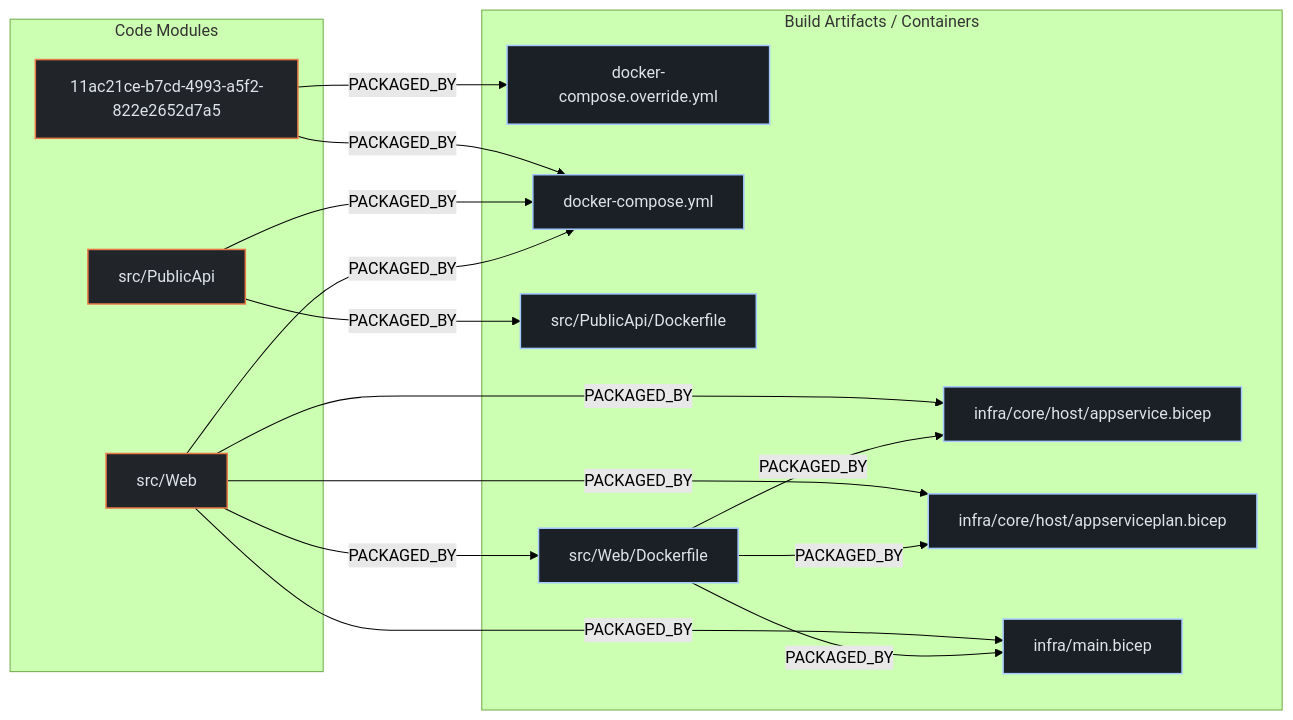
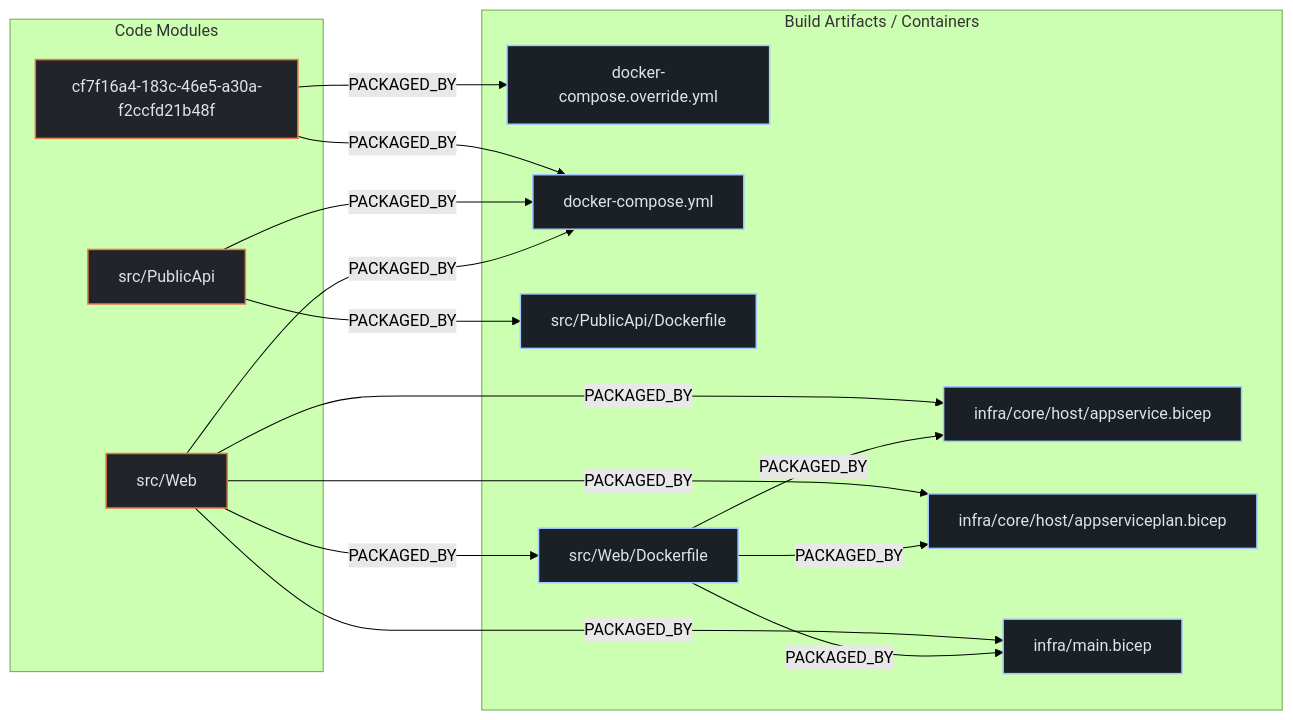
Before and after one commit to kumarshaz/atruss-code-atlas: the second of 3 diagrams in exports/latest/reports/dotnet-architecture-eShopOnWeb-report.md, drawn with Mermaid (forest theme). The commit also changed other lines of this file and 33 other files, not shown here.

````diff
--- a/exports/latest/reports/dotnet-architecture-eShopOnWeb-report.md
+++ b/exports/latest/reports/dotnet-architecture-eShopOnWeb-report.md
@@ -193,34 +193,34 @@
 ```mermaid
 flowchart LR
     %% title: Code-to-Cloud Deployment Traceability
     classDef atlasCategory fill:#212428,stroke:#E87A48,stroke-width:1.5px,color:#dfe3eb
     classDef atlasWorkflow fill:#1b2026,stroke:#a3c9ff,stroke-width:1.5px,color:#dfe3eb
     classDef atlasJob fill:#171c22,stroke:#8d9199,stroke-width:1px,color:#dfe3eb
     classDef atlasTarget fill:#005227,stroke:#8bd99b,stroke-width:1.5px,color:#a7f6b6
     subgraph code_modules["Code Modules"]
-        mod_11ac21ce_b7cd_4993_a5f2_822e2652d7a5["11ac21ce-b7cd-4993-a5f2-822e2652d7a5"]:::atlasCategory
+        mod_cf7f16a4_183c_46e5_a30a_f2ccfd21b48f["cf7f16a4-183c-46e5-a30a-f2ccfd21b48f"]:::atlasCategory
         mod_src_PublicApi["src/PublicApi"]:::atlasCategory
         mod_src_Web["src/Web"]:::atlasCategory
     end
     subgraph build_artifacts["Build Artifacts / Containers"]
         art_docker_compose_override_yml["docker-compose.override.yml"]:::atlasWorkflow
         art_docker_compose_yml["docker-compose.yml"]:::atlasWorkflow
         art_infra_core_host_appservice_bicep["infra/core/host/appservice.bicep"]:::atlasWorkflow
         art_infra_core_host_appserviceplan_bicep["infra/core/host/appserviceplan.bicep"]:::atlasWorkflow
         art_infra_main_bicep["infra/main.bicep"]:::atlasWorkflow
         art_src_PublicApi_Dockerfile["src/PublicApi/Dockerfile"]:::atlasWorkflow
         art_src_Web_Dockerfile["src/Web/Dockerfile"]:::atlasWorkflow
     end
-    mod_11ac21ce_b7cd_4993_a5f2_822e2652d7a5 -->|PACKAGED_BY| art_docker_compose_override_yml
-    mod_11ac21ce_b7cd_4993_a5f2_822e2652d7a5 -->|PACKAGED_BY| art_docker_compose_yml
+    mod_cf7f16a4_183c_46e5_a30a_f2ccfd21b48f -->|PACKAGED_BY| art_docker_compose_override_yml
+    mod_cf7f16a4_183c_46e5_a30a_f2ccfd21b48f -->|PACKAGED_BY| art_docker_compose_yml
     mod_src_PublicApi -->|PACKAGED_BY| art_docker_compose_yml
     mod_src_PublicApi -->|PACKAGED_BY| art_src_PublicApi_Dockerfile
     mod_src_Web -->|PACKAGED_BY| art_docker_compose_yml
     mod_src_Web -->|PACKAGED_BY| art_src_Web_Dockerfile
     mod_src_Web -->|PACKAGED_BY| art_infra_core_host_appservice_bicep
     mod_src_Web -->|PACKAGED_BY| art_infra_core_host_appserviceplan_bicep
     mod_src_Web -->|PACKAGED_BY| art_infra_main_bicep
     art_src_Web_Dockerfile -->|PACKAGED_BY| art_infra_core_host_appservice_bicep
     art_src_Web_Dockerfile -->|PACKAGED_BY| art_infra_core_host_appserviceplan_bicep
     art_src_Web_Dockerfile -->|PACKAGED_BY| art_infra_main_bicep
 ```
````
